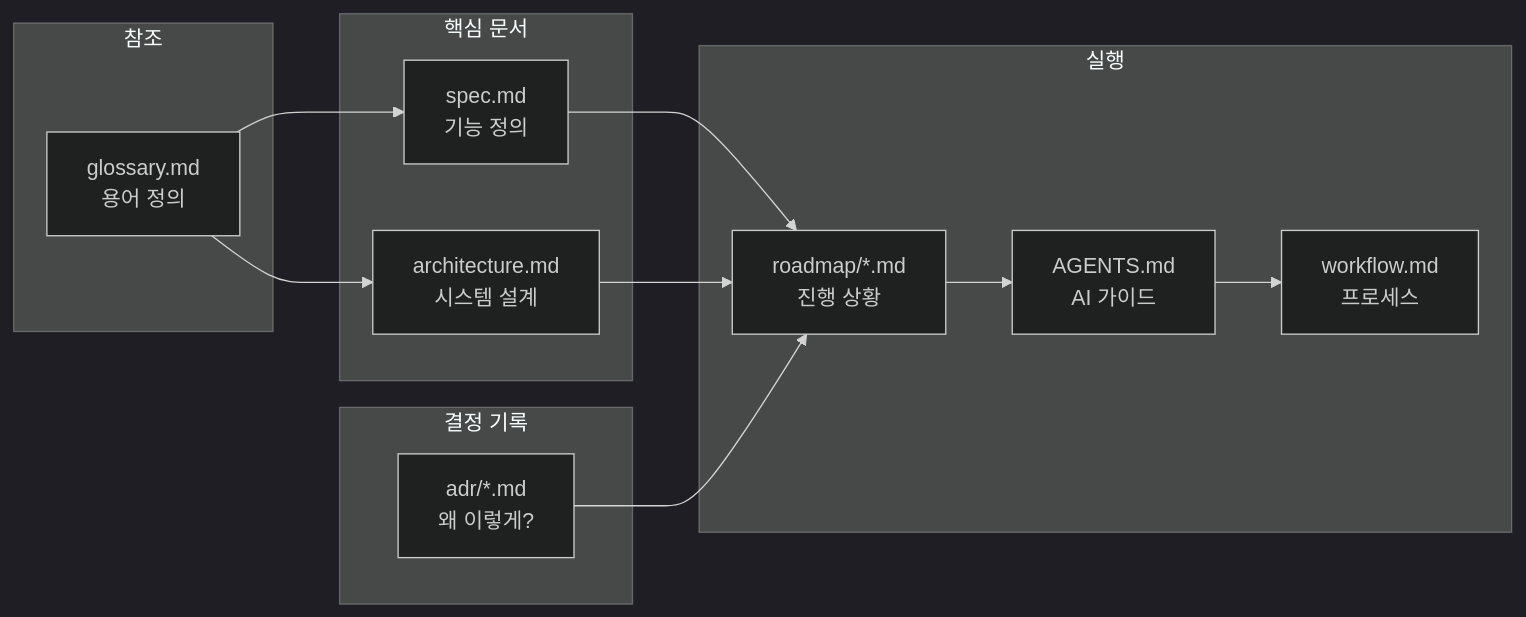
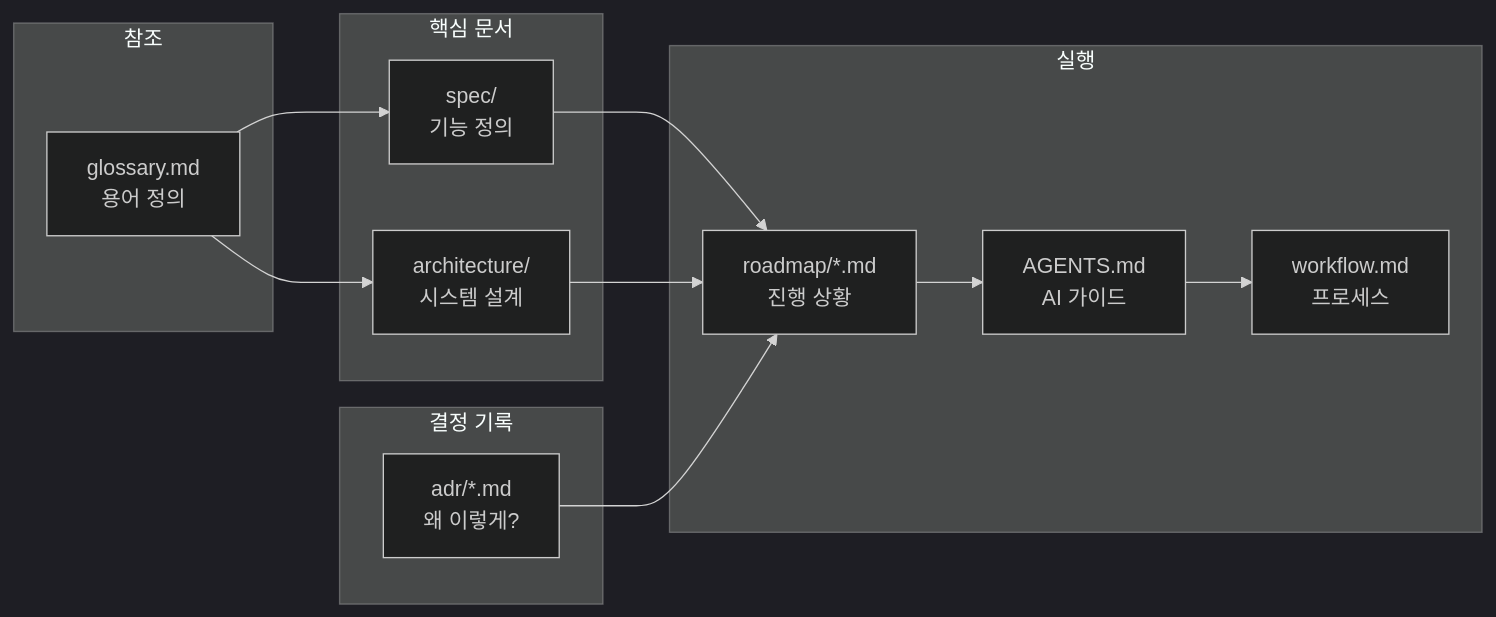
One commit to cagojeiger/code-hub changed the seventh of 8 diagrams in docs/workflow.md. Above: the diagram before and after it, drawn with Mermaid (dark theme). The commit also changed other lines of this file and 18 other files, not shown here.

First line of the commit message:
docs: modularize spec.md and architecture.md into directories

````diff
--- a/docs/workflow.md
+++ b/docs/workflow.md
@@ -499,31 +499,31 @@
 ```mermaid
 flowchart LR
     subgraph Core["핵심 문서"]
-        SPEC[spec.md<br/>기능 정의]
-        ARCH[architecture.md<br/>시스템 설계]
+        SPEC[spec/<br/>기능 정의]
+        ARCH[architecture/<br/>시스템 설계]
     end
 
     subgraph Decisions["결정 기록"]
         ADR[adr/*.md<br/>왜 이렇게?]
     end
 
     subgraph Execution["실행"]
         ROADMAP[roadmap/*.md<br/>진행 상황]
         WORKFLOW[workflow.md<br/>프로세스]
         AGENTS[AGENTS.md<br/>AI 가이드]
     end
 
     subgraph Reference["참조"]
         GLOSSARY[glossary.md<br/>용어 정의]
     end
 
     SPEC --> ROADMAP
     ARCH --> ROADMAP
     ADR --> ROADMAP
 
     AGENTS --> WORKFLOW
     ROADMAP --> AGENTS
 
     GLOSSARY --> SPEC
     GLOSSARY --> ARCH
 ```
````
